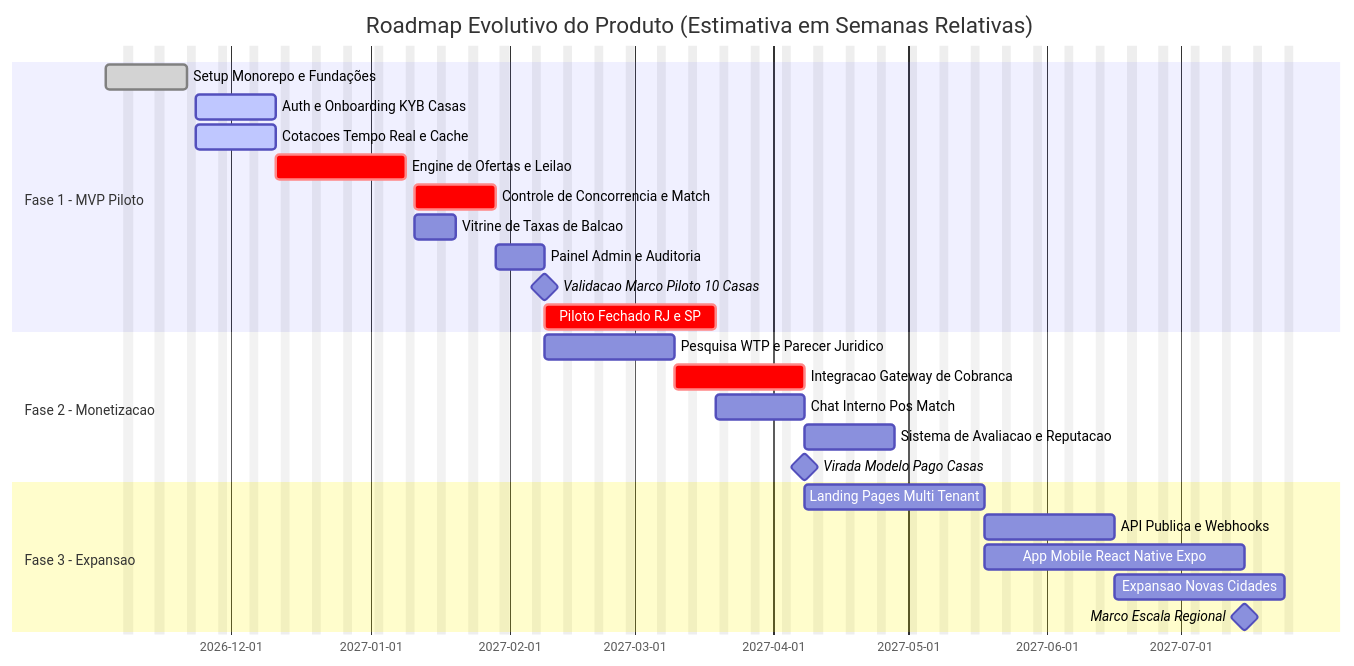
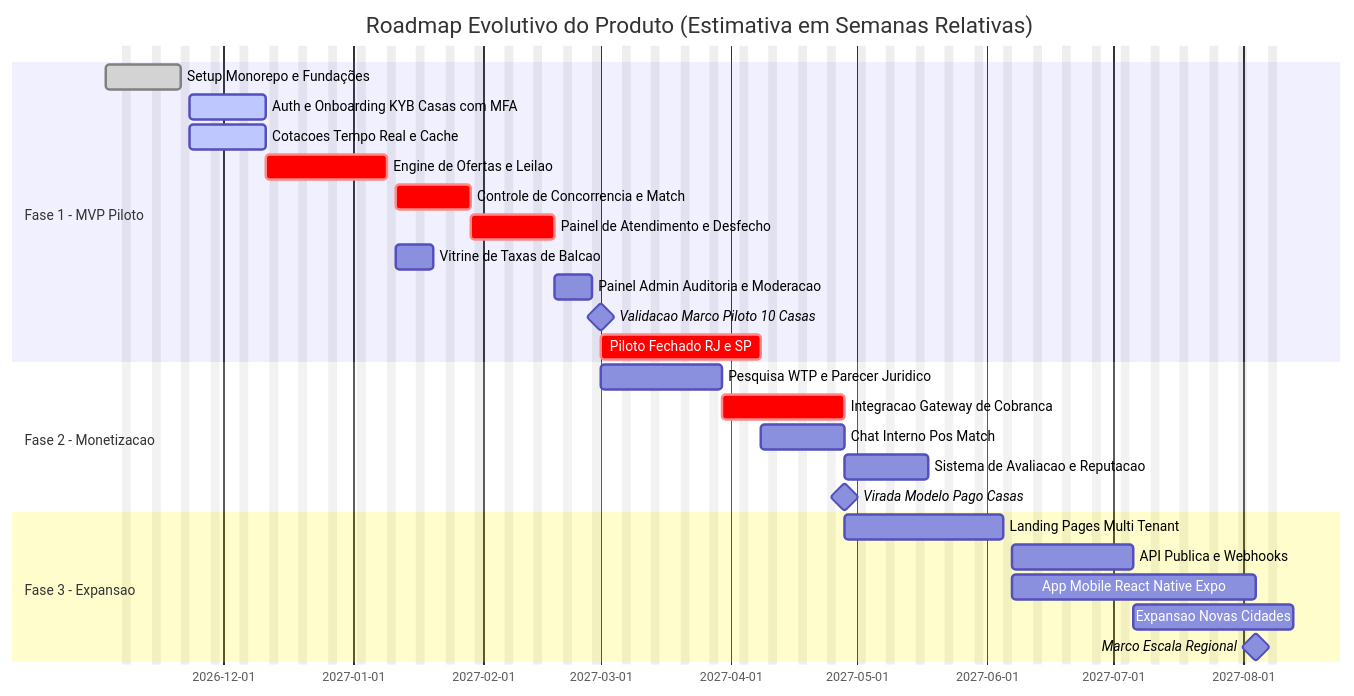
The first of 2 diagrams in docs/06-roadmap/roadmap.md (rspindola/melhor-cambio-clone), drawn with Mermaid before and after one commit. The commit also changed other lines of this file and 13 other files, not shown here.

````diff
--- a/docs/06-roadmap/roadmap.md
+++ b/docs/06-roadmap/roadmap.md
@@ -19,31 +19,32 @@
 ```mermaid
 gantt
     title Roadmap Evolutivo do Produto (Estimativa em Semanas Relativas)
     dateFormat YYYY-MM-DD
     excludes weekends
 
     section Fase 1 - MVP Piloto
         Setup Monorepo e Fundações          :done, s01, 2026-11-03, 2w
-        Auth e Onboarding KYB Casas         :active, s02, after s01, 2w
+        Auth e Onboarding KYB Casas com MFA :active, s02, after s01, 2w
         Cotacoes Tempo Real e Cache         :active, s03, after s01, 2w
         Engine de Ofertas e Leilao          :crit, s04, after s02, 3w
         Controle de Concorrencia e Match    :crit, s05, after s04, 2w
-        Vitrine de Taxas de Balcao          :s06, after s04, 1w
-        Painel Admin e Auditoria            :s07, after s05, 1w
-        Validacao Marco Piloto 10 Casas     :milestone, m1, after s07, 0d
-        Piloto Fechado RJ e SP              :crit, s08, after m1, 4w
+        Painel de Atendimento e Desfecho    :crit, s06, after s05, 2w
+        Vitrine de Taxas de Balcao          :s07, after s04, 1w
+        Painel Admin Auditoria e Moderacao  :s08, after s06, 1w
+        Validacao Marco Piloto 10 Casas     :milestone, m1, after s08, 0d
+        Piloto Fechado RJ e SP              :crit, s09, after m1, 4w
 
     section Fase 2 - Monetizacao
-        Pesquisa WTP e Parecer Juridico     :s09, after m1, 3w
-        Integracao Gateway de Cobranca      :crit, s10, after s09, 3w
-        Chat Interno Pos Match              :s11, after s08, 2w
-        Sistema de Avaliacao e Reputacao    :s12, after s11, 2w
-        Virada Modelo Pago Casas            :milestone, m2, after s10, 0d
+        Pesquisa WTP e Parecer Juridico     :s10, after m1, 3w
+        Integracao Gateway de Cobranca      :crit, s11, after s10, 3w
+        Chat Interno Pos Match              :s12, after s09, 2w
+        Sistema de Avaliacao e Reputacao    :s13, after s12, 2w
+        Virada Modelo Pago Casas            :milestone, m2, after s11, 0d
 
     section Fase 3 - Expansao
-        Landing Pages Multi Tenant          :s13, after m2, 4w
-        API Publica e Webhooks              :s14, after s13, 3w
-        App Mobile React Native Expo        :s15, after s13, 6w
-        Expansao Novas Cidades              :s16, after s14, 4w
-        Marco Escala Regional               :milestone, m3, after s15, 0d
+        Landing Pages Multi Tenant          :s14, after m2, 4w
+        API Publica e Webhooks              :s15, after s14, 3w
+        App Mobile React Native Expo        :s16, after s14, 6w
+        Expansao Novas Cidades              :s17, after s15, 4w
+        Marco Escala Regional               :milestone, m3, after s16, 0d
 ```
````
